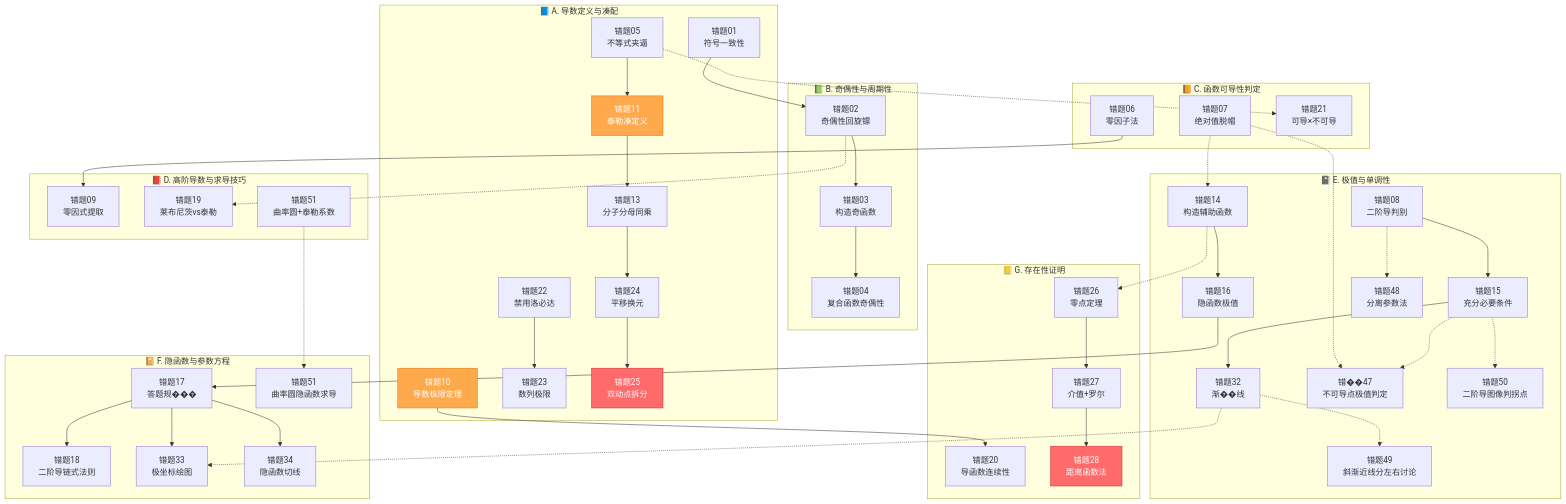
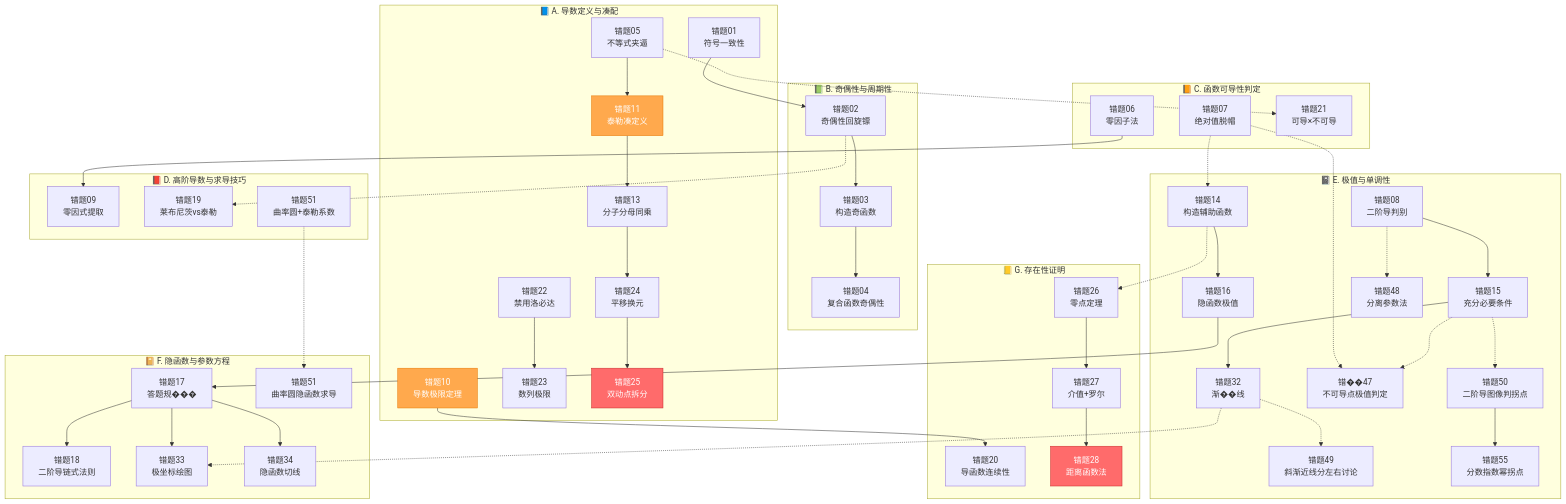
The diagram in 考研数学/高数-一元微分学/错题本.md (Treasoni/kaoyan), drawn with Mermaid before and after one commit. The commit also changed other lines of this file and 10 other files, not shown here.

```diff
--- a/考研数学/高数-一元微分学/错题本.md
+++ b/考研数学/高数-一元微分学/错题本.md
@@ -124,6 +125,7 @@
         E7[错题48<br/>分离参数法]
         E8[错题49<br/>斜渐近线分左右讨论]
         E9[错题50<br/>二阶导图像判拐点]
+        E10[错题55<br/>分数指数幂拐点]
     end
 
     subgraph F["📔 F. 隐函数与参数方程"]
@@ -155,6 +157,7 @@
     E1 --> E3
     E3 --> E5
     E2 --> E4
+    E9 --> E10
     F1 --> F2
     E4 --> F1
     F1 --> F3
```
